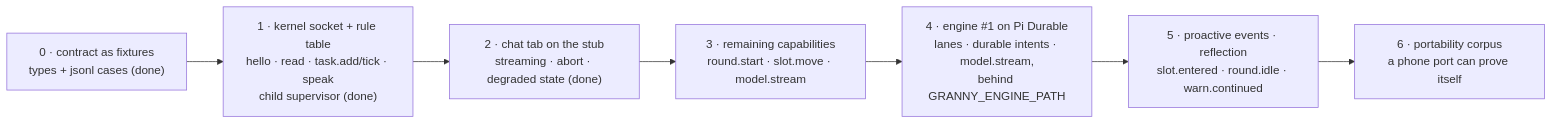
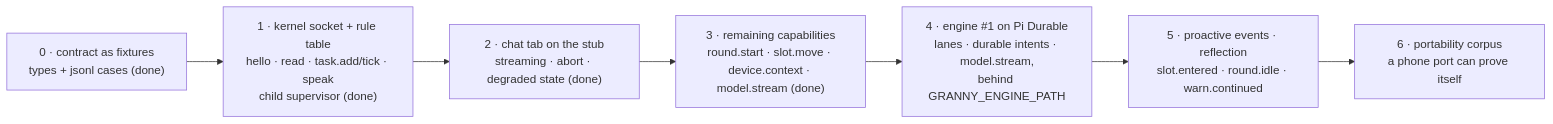
One commit to HappyVoxel/granny changed the fourth of 4 diagrams in docs/ENGINE.md. Above: the diagram before and after it, drawn with Mermaid. The commit also changed other lines of this file and 17 other files, not shown here.

Commit message:
feat: add round.start, slot.move, device.context, trace.emit, and model.stream capabilities

````diff
--- a/docs/ENGINE.md
+++ b/docs/ENGINE.md
@@ -358,9 +360,9 @@
 ```mermaid
 flowchart LR
     S0["0 · contract as fixtures<br/>types + jsonl cases (done)"] --> S1["1 · kernel socket + rule table<br/>hello · read · task.add/tick · speak<br/>child supervisor (done)"]
     S1 --> S2["2 · chat tab on the stub<br/>streaming · abort · degraded state (done)"]
-    S2 --> S3["3 · remaining capabilities<br/>round.start · slot.move · model.stream"]
+    S2 --> S3["3 · remaining capabilities<br/>round.start · slot.move · device.context · model.stream (done)"]
     S3 --> S4["4 · engine #1 on Pi Durable<br/>lanes · durable intents · model.stream,<br/>behind GRANNY_ENGINE_PATH"]
     S4 --> S5["5 · proactive events · reflection<br/>slot.entered · round.idle · warn.continued"]
     S5 --> S6["6 · portability corpus<br/>a phone port can prove itself"]
 ```
````
